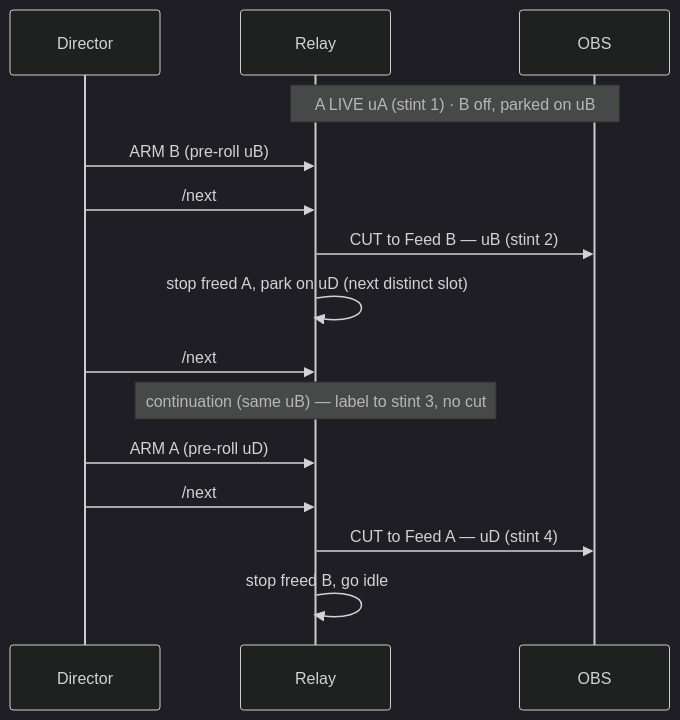
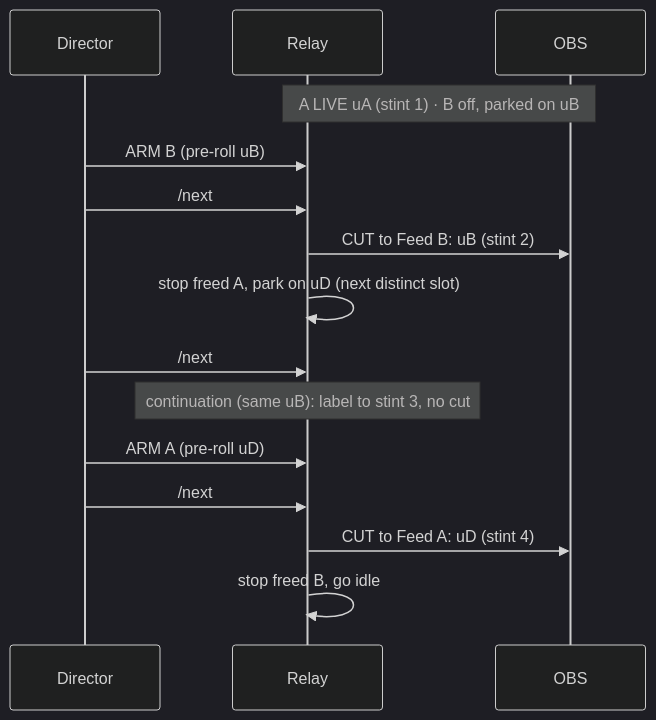
Before and after one commit to jegr78/gt-racing-broadcast: the first of 2 diagrams in src/docs/wiki/Relay-Mode.md, drawn with Mermaid (dark theme). The commit also changed other lines of this file and 32 other files, not shown here.

````diff
--- a/src/docs/wiki/Relay-Mode.md
+++ b/src/docs/wiki/Relay-Mode.md
@@ -196,17 +196,17 @@
 ```mermaid
 sequenceDiagram
     participant D as Director
     participant R as Relay
     participant O as OBS
     Note over R,O: A LIVE uA (stint 1) · B off, parked on uB
     D->>R: ARM B (pre-roll uB)
     D->>R: /next
-    R->>O: CUT to Feed B — uB (stint 2)
+    R->>O: CUT to Feed B: uB (stint 2)
     R->>R: stop freed A, park on uD (next distinct slot)
     D->>R: /next
-    Note over R: continuation (same uB) — label to stint 3, no cut
+    Note over R: continuation (same uB): label to stint 3, no cut
     D->>R: ARM A (pre-roll uD)
     D->>R: /next
-    R->>O: CUT to Feed A — uD (stint 4)
+    R->>O: CUT to Feed A: uD (stint 4)
     R->>R: stop freed B, go idle
 ```
````
